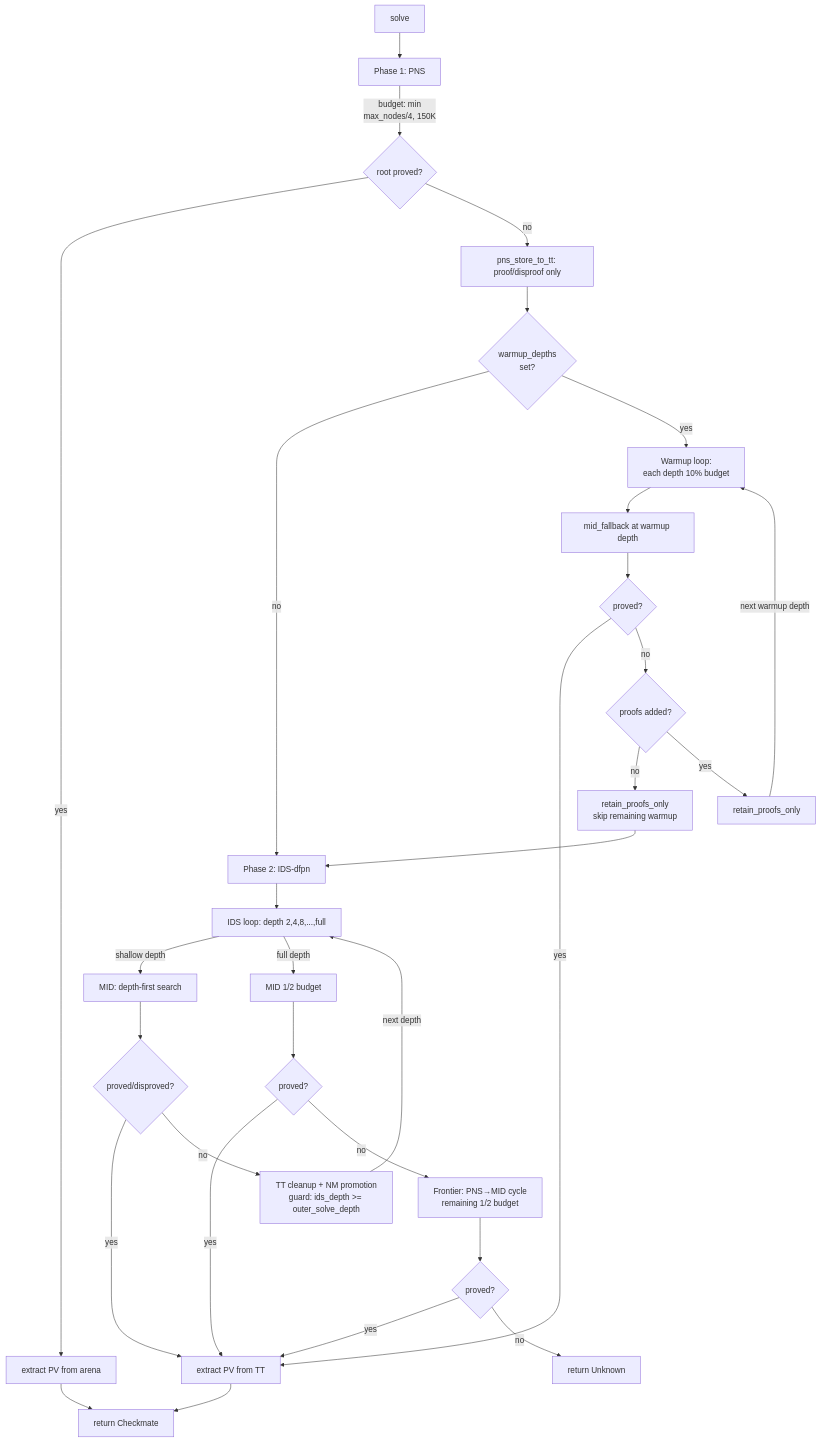
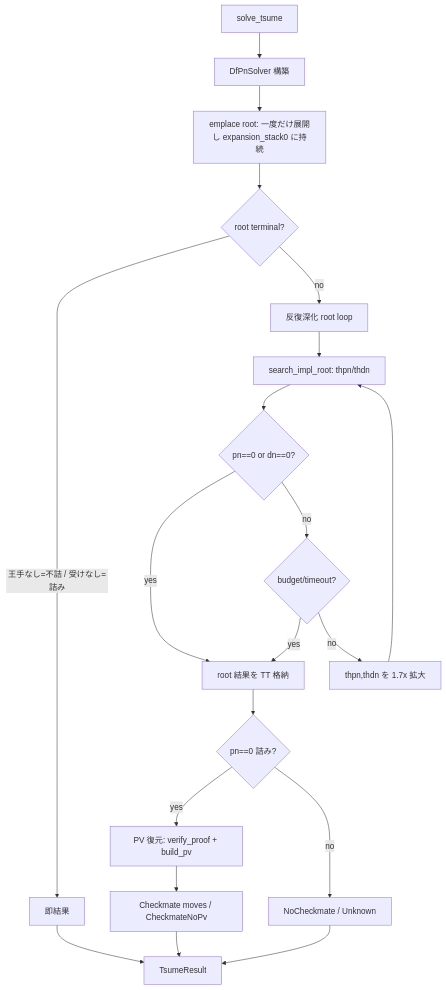
Before and after one commit to dousu/maou: the diagram in docs/design/tsume-solver/search-architecture.md, drawn with Mermaid. The commit also changed other lines of this file and 15 other files, not shown here.

First line of the commit message:
docs(tsume-solver): 設計ドキュメントを統一 mid ベースへ全面改稿し旧実験ログを legacy/ へ退避

````diff
--- a/docs/design/tsume-solver/search-architecture.md
+++ b/docs/design/tsume-solver/search-architecture.md
@@ -156,33 +99,22 @@
 ```mermaid
 flowchart TD
-    A[solve] --> B[Phase 1: PNS]
-    B -->|budget: min\nmax_nodes/4, 150K| C{root proved?}
-    C -->|yes| D[extract PV from arena]
-    C -->|no| E[pns_store_to_tt: proof/disproof only]
-    E --> WC{warmup_depths\nset?}
-    WC -->|no| F[Phase 2: IDS-dfpn]
-    WC -->|yes| WL[Warmup loop:\neach depth 10% budget]
-    WL --> WM[mid_fallback at warmup depth]
-    WM --> WP{proved?}
-    WP -->|yes| K[extract PV from TT]
-    WP -->|no| WN{proofs added?}
-    WN -->|no| WR[retain_proofs_only\nskip remaining warmup]
-    WN -->|yes| WRP[retain_proofs_only]
-    WRP -->|next warmup depth| WL
-    WR --> F
-    F --> G[IDS loop: depth 2,4,8,...,full]
-    G -->|shallow depth| H[MID: depth-first search]
-    G -->|full depth| I[MID 1/2 budget]
-    H --> J{proved/disproved?}
-    J -->|yes| K
-    J -->|no| L[TT cleanup + NM promotion\nguard: ids_depth >= outer_solve_depth]
-    L -->|next depth| G
-    I --> M{proved?}
-    M -->|yes| K
-    M -->|no| N[Frontier: PNS→MID cycle\nremaining 1/2 budget]
-    N --> O{proved?}
-    O -->|yes| K
-    O -->|no| P[return Unknown]
-    D --> Q[return Checkmate]
-    K --> Q
+    A[solve_tsume] --> B[DfPnSolver 構築]
+    B --> C[emplace root: 一度だけ展開し expansion_stack0 に持続]
+    C --> T0{root terminal?}
+    T0 -->|王手なし=不詰 / 受けなし=詰み| R[即結果]
+    T0 -->|no| L[反復深化 root loop]
+    L --> S[search_impl_root: thpn/thdn]
+    S --> Q{pn==0 or dn==0?}
+    Q -->|yes| TT[root 結果を TT 格納]
+    Q -->|no| G{budget/timeout?}
+    G -->|yes| TT
+    G -->|no| U[thpn,thdn を 1.7x 拡大]
+    U --> S
+    TT --> PV{pn==0 詰み?}
+    PV -->|yes| V[PV 復元: verify_proof + build_pv]
+    PV -->|no| N[NoCheckmate / Unknown]
+    V --> CM[Checkmate moves / CheckmateNoPv]
+    R --> END[TsumeResult]
+    CM --> END
+    N --> END
 ```
````
